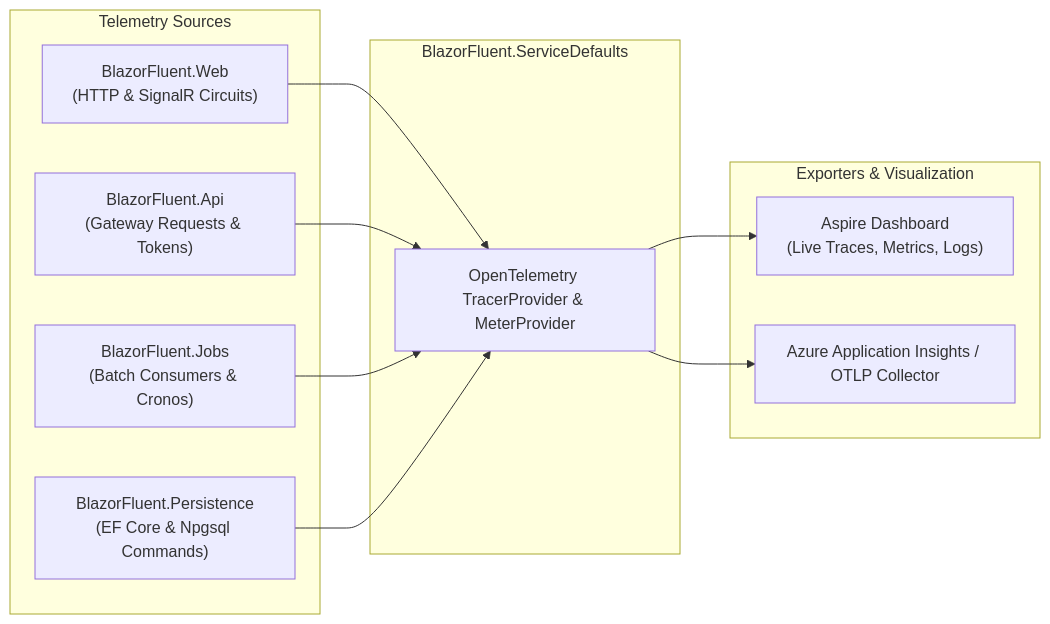
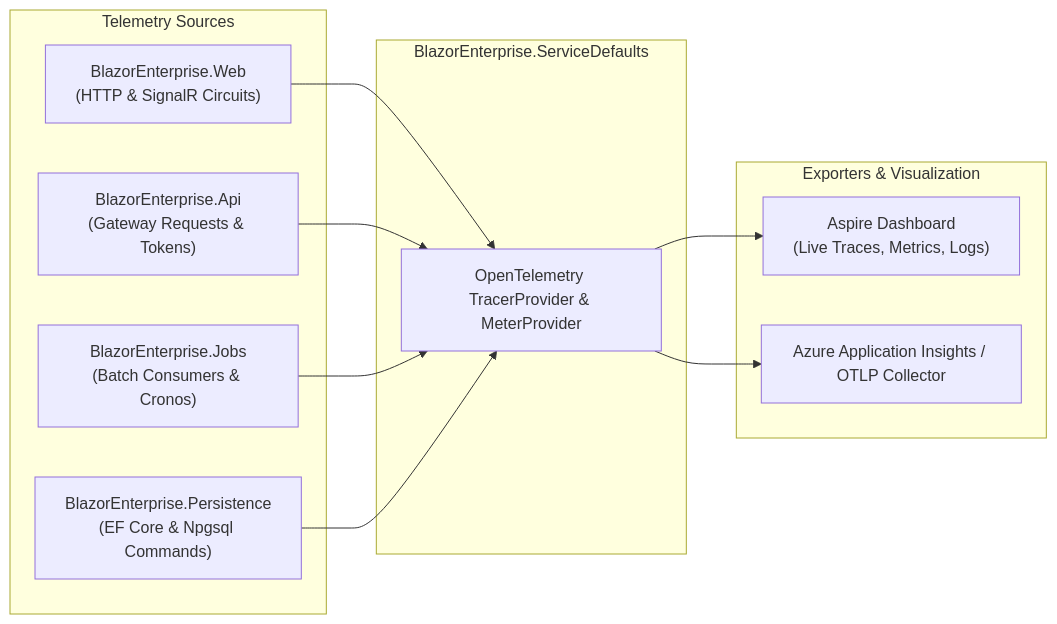
One commit to cheriansk/blazor-fluent changed the first of 3 diagrams in docs/05-Observability-and-Reliability.md. Above: the diagram before and after it, drawn with Mermaid. The commit also changed other lines of this file and 1219 other files, not shown here.

````diff
--- a/docs/05-Observability-and-Reliability.md
+++ b/docs/05-Observability-and-Reliability.md
@@ -12,25 +12,25 @@
 ```mermaid
 flowchart LR
     subgraph Sources ["Telemetry Sources"]
-        Web["BlazorFluent.Web\n(HTTP & SignalR Circuits)"]
-        Api["BlazorFluent.Api\n(Gateway Requests & Tokens)"]
-        Jobs["BlazorFluent.Jobs\n(Batch Consumers & Cronos)"]
-        Persist["BlazorFluent.Persistence\n(EF Core & Npgsql Commands)"]
+        Web["BlazorEnterprise.Web\n(HTTP & SignalR Circuits)"]
+        Api["BlazorEnterprise.Api\n(Gateway Requests & Tokens)"]
+        Jobs["BlazorEnterprise.Jobs\n(Batch Consumers & Cronos)"]
+        Persist["BlazorEnterprise.Persistence\n(EF Core & Npgsql Commands)"]
     end
 
-    subgraph ServiceDefaults ["BlazorFluent.ServiceDefaults"]
+    subgraph ServiceDefaults ["BlazorEnterprise.ServiceDefaults"]
         OTel["OpenTelemetry TracerProvider & MeterProvider"]
     end
 
     subgraph Exporters ["Exporters & Visualization"]
         AspireDash["Aspire Dashboard\n(Live Traces, Metrics, Logs)"]
         AppInsights["Azure Application Insights / OTLP Collector"]
     end
 
     Web --> OTel
     Api --> OTel
     Jobs --> OTel
     Persist --> OTel
     OTel --> AspireDash
     OTel --> AppInsights
 ```
````
